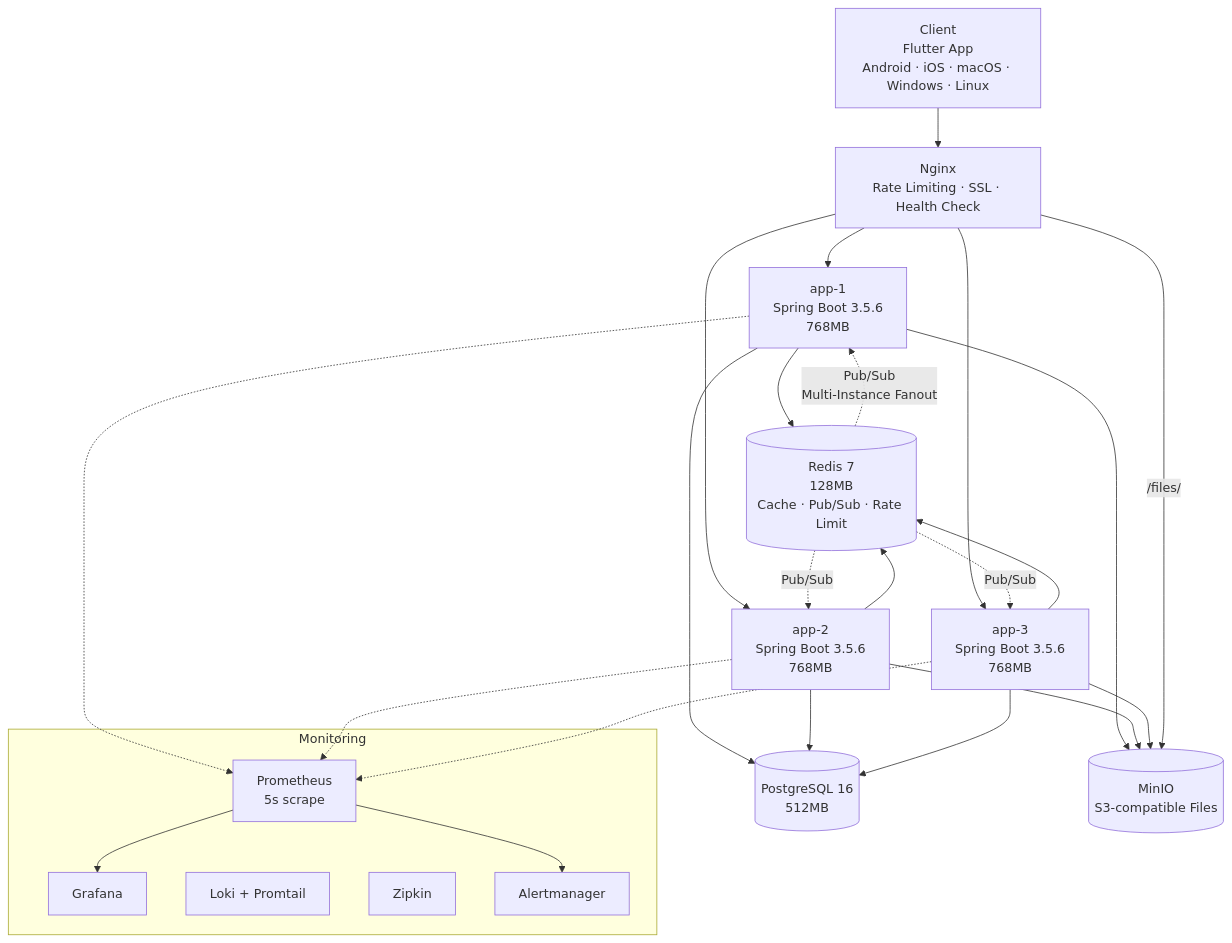
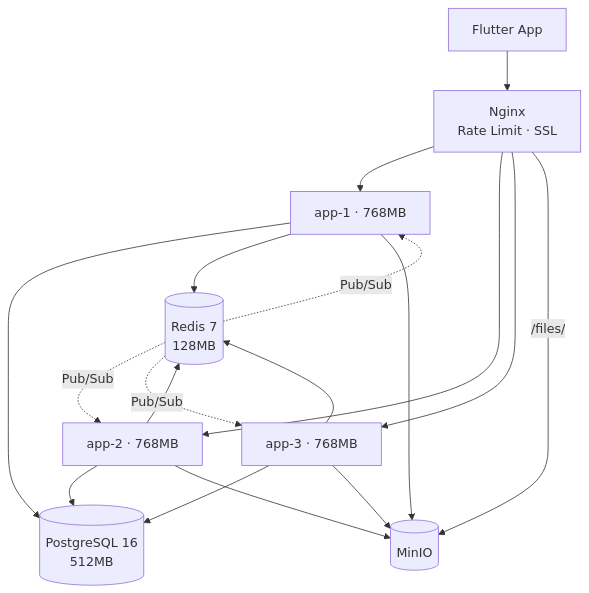
The first of 3 diagrams in architecture/infrastructure.md (with-co-talk/co-talk-docs), drawn with Mermaid before and after one commit. The commit also changed other lines of this file and 4 other files, not shown here.

````diff
--- a/architecture/infrastructure.md
+++ b/architecture/infrastructure.md
@@ -62,40 +29,26 @@
 ```mermaid
 graph TD
-    Client[Client<br/>Flutter App<br/>Android · iOS · macOS · Windows · Linux] --> Nginx[Nginx<br/>Rate Limiting · SSL · Health Check]
+    Client[Flutter App] --> Nginx[Nginx<br/>Rate Limit · SSL]
 
-    Nginx --> App1[app-1<br/>Spring Boot 3.5.6<br/>768MB]
-    Nginx --> App2[app-2<br/>Spring Boot 3.5.6<br/>768MB]
-    Nginx --> App3[app-3<br/>Spring Boot 3.5.6<br/>768MB]
+    Nginx --> App1[app-1 · 768MB]
+    Nginx --> App2[app-2 · 768MB]
+    Nginx --> App3[app-3 · 768MB]
 
     App1 --> PG[(PostgreSQL 16<br/>512MB)]
     App2 --> PG
     App3 --> PG
 
-    App1 --> Redis[(Redis 7<br/>128MB<br/>Cache · Pub/Sub · Rate Limit)]
+    App1 --> Redis[(Redis 7<br/>128MB)]
     App2 --> Redis
     App3 --> Redis
 
-    App1 --> MinIO[(MinIO<br/>S3-compatible Files)]
+    App1 --> MinIO[(MinIO)]
     App2 --> MinIO
     App3 --> MinIO
 
-    Redis -.->|Pub/Sub<br/>Multi-Instance Fanout| App1
+    Redis -.->|Pub/Sub| App1
     Redis -.->|Pub/Sub| App2
     Redis -.->|Pub/Sub| App3
 
     Nginx -->|/files/| MinIO
-
-    subgraph "Monitoring"
-        Prometheus[Prometheus<br/>5s scrape]
-        Grafana[Grafana]
-        Loki[Loki + Promtail]
-        Zipkin[Zipkin]
-        AM[Alertmanager]
-    end
-
-    App1 -.-> Prometheus
-    App2 -.-> Prometheus
-    App3 -.-> Prometheus
-    Prometheus --> Grafana
-    Prometheus --> AM
 ```
````
